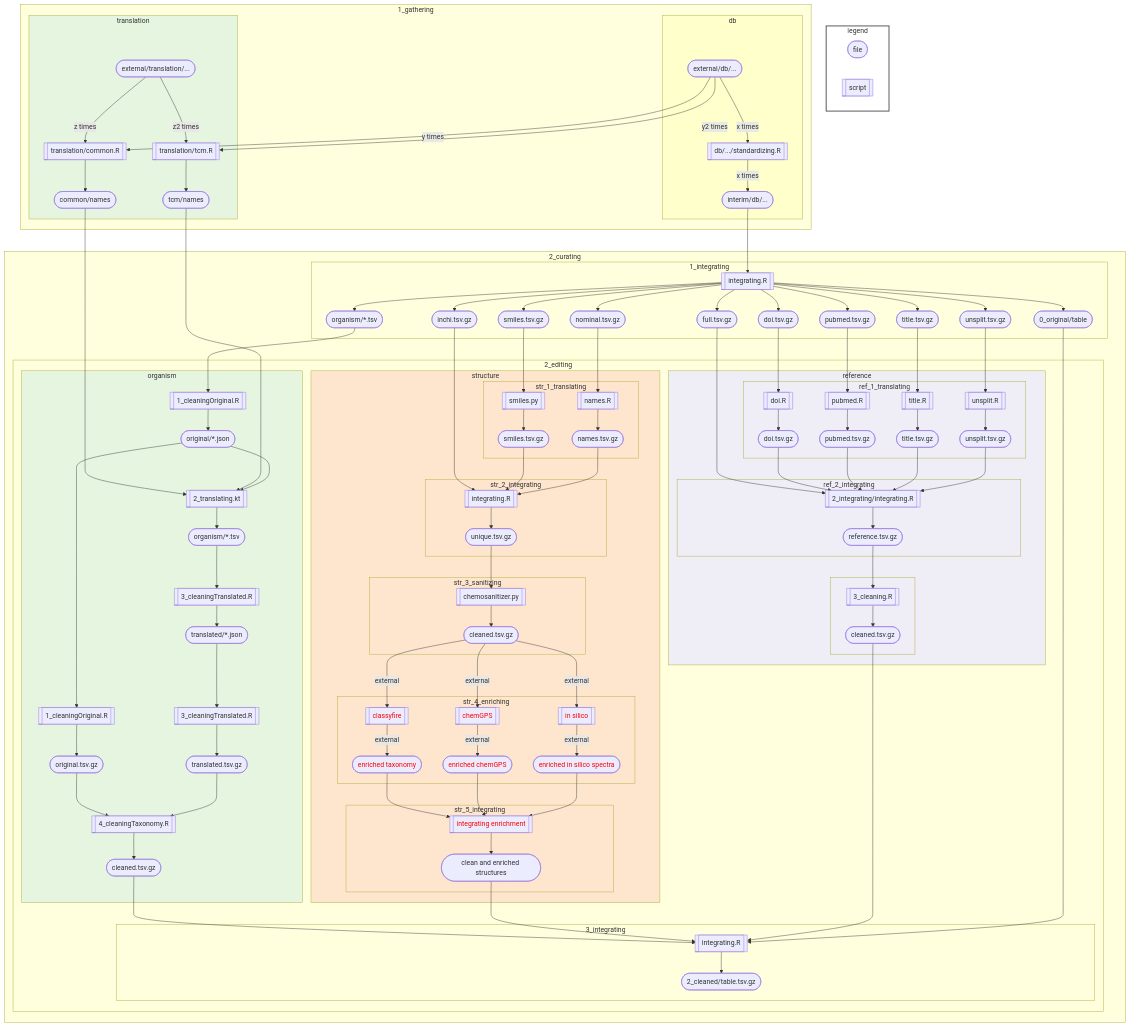
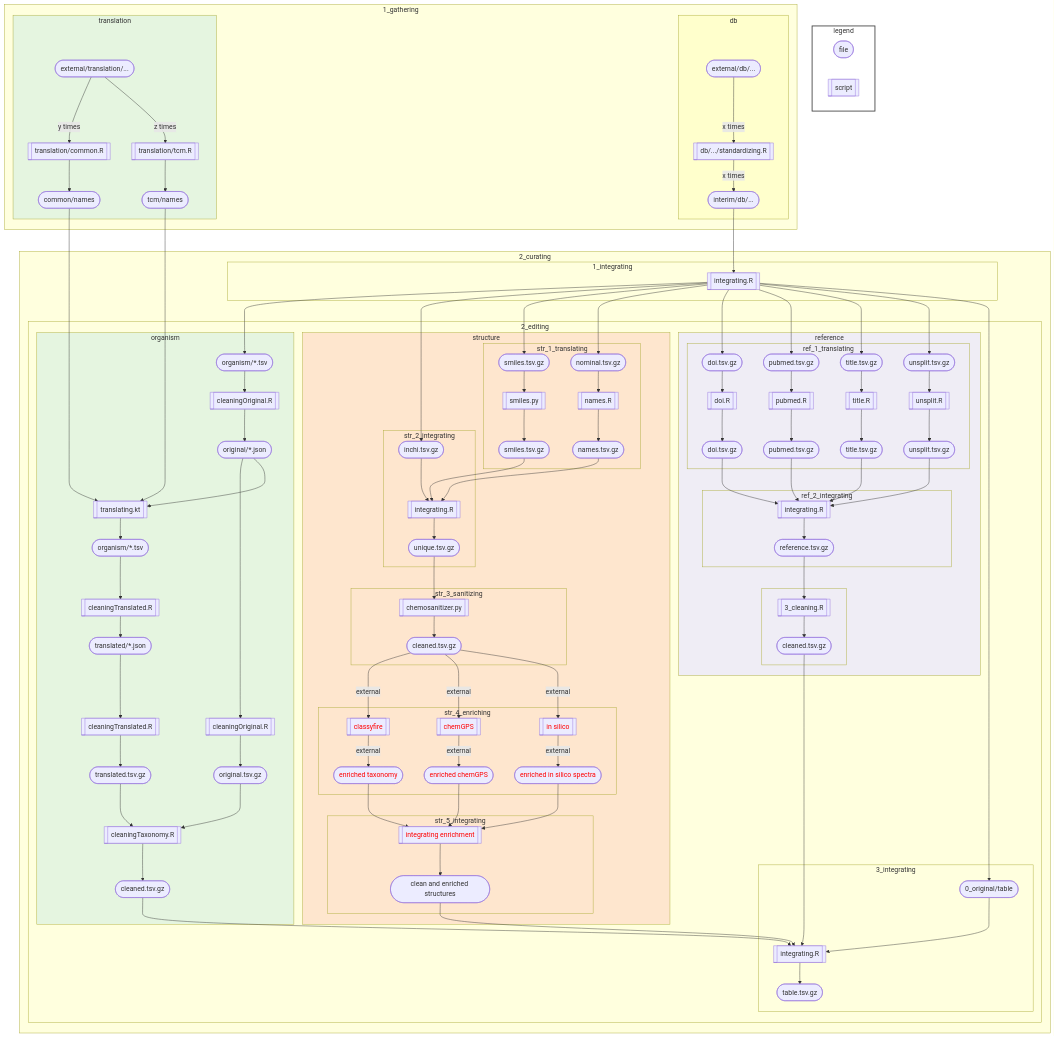
One commit to lotusnprod/lotus-processor changed the diagram in README.md. Above: the diagram before and after it, drawn with Mermaid.

Commit message:
docs: update translation flow and formatting

```diff
--- a/README.md
+++ b/README.md
@@ -22,10 +22,10 @@
 
 subgraph translation
 style translation fill:#E5F5E0
-010([external/db/...]) -- y times --> 040[[translation/common.R]]
-011([external/translation/...]) -- z times --> 040[[translation/common.R]] --> 050([common/names])
-010([external/db/...]) -- y2 times --> 060[[translation/tcm.R]]
-011([external/translation/...]) -- z2 times --> 060[[translation/tcm.R]] --> 070([tcm/names])
+010([external/db/...])
+011([external/translation/...]) -- y times --> 040[[translation/common.R]] --> 050([common/names])
+010([external/db/...])
+011([external/translation/...]) -- z times --> 060[[translation/tcm.R]] --> 070([tcm/names])
 end
 
 end
@@ -35,41 +35,35 @@
 
 subgraph 2_curating
 subgraph 1_integrating
-030([interim/db/...]) --> 080[[integrating.R]]
-080[[integrating.R]] --> 100([organism/*.tsv])
-080[[integrating.R]] --> 210([inchi.tsv.gz])
-080[[integrating.R]] --> 220([smiles.tsv.gz])
-080[[integrating.R]] --> 230([nominal.tsv.gz])
-080[[integrating.R]] --> 310([full.tsv.gz])
-080[[integrating.R]] --> 320([doi.tsv.gz])
-080[[integrating.R]] --> 330([pubmed.tsv.gz])
-080[[integrating.R]] --> 340([title.tsv.gz])
-080[[integrating.R]] --> 350([unsplit.tsv.gz])
-080[[integrating.R]] --> 400([0_original/table])
+030([interim/db/...])  --> 080[[integrating.R]]
 end
 
 subgraph 2_editing
 subgraph organism
+080[[integrating.R]] --> 100([organism/*.tsv])
 style organism fill:#E5F5E0
 100([organism/*.tsv]) -->
-    101[[1_cleaningOriginal.R]] --> 
+    101[[cleaningOriginal.R]] --> 
         102([original/*.json]) --> 
-            103[[1_cleaningOriginal.R]] --> 
+            103[[cleaningOriginal.R]] --> 
                 104([original.tsv.gz]) -->
-                    111[[4_cleaningTaxonomy.R]]
+                    111[[cleaningTaxonomy.R]]
         102([original/*.json]) -->
-            105[[2_translating.kt]] -->
+            105[[translating.kt]] -->
                 106([organism/*.tsv]) -->
-                    107[[3_cleaningTranslated.R]] --> 
+                    107[[cleaningTranslated.R]] --> 
                         108([translated/*.json]) --> 
-                            109[[3_cleaningTranslated.R]] -->  
+                            109[[cleaningTranslated.R]] -->  
                                 110([translated.tsv.gz]) -->
-                                    111[[4_cleaningTaxonomy.R]] -->
+                                    111[[cleaningTaxonomy.R]] -->
                                         120([cleaned.tsv.gz])
 end
 
 subgraph structure
 style structure fill:#FEE6CE
+080[[integrating.R]] --> 210([inchi.tsv.gz])
+080[[integrating.R]] --> 220([smiles.tsv.gz])
+080[[integrating.R]] --> 230([nominal.tsv.gz])
 subgraph str_1_translating
 style str_1_translating fill:#FEE6CE
 220([smiles.tsv.gz]) -->
@@ -121,6 +115,10 @@
 
 subgraph reference
 style reference fill:#EFEDF5
+080[[integrating.R]] --> 320([doi.tsv.gz])
+080[[integrating.R]] --> 330([pubmed.tsv.gz])
+080[[integrating.R]] --> 340([title.tsv.gz])
+080[[integrating.R]] --> 350([unsplit.tsv.gz])
 subgraph ref_1_translating
 style ref_1_translating fill:#EFEDF5
 320([doi.tsv.gz]) -->
@@ -138,11 +136,10 @@
 end
 subgraph ref_2_integrating
 style ref_2_integrating fill:#EFEDF5
-310([full.tsv.gz]) --> 360[[2_integrating/integrating.R]]
-322([doi.tsv.gz]) --> 360[[2_integrating/integrating.R]]
-332([pubmed.tsv.gz]) --> 360[[2_integrating/integrating.R]]
-342([title.tsv.gz]) --> 360[[2_integrating/integrating.R]]
-352([unsplit.tsv.gz]) --> 360[[2_integrating/integrating.R]] -->
+322([doi.tsv.gz]) --> 360[[integrating.R]]
+332([pubmed.tsv.gz]) --> 360[[integrating.R]]
+342([title.tsv.gz]) --> 360[[integrating.R]]
+352([unsplit.tsv.gz]) --> 360[[integrating.R]] -->
         370([reference.tsv.gz]) 
 end
 subgraph .
@@ -154,6 +151,7 @@
 end
 
 subgraph 3_integrating
+080[[integrating.R]] --> 400([0_original/table])
 120([cleaned.tsv.gz]) -->
 998[[integrating.R]]
 
@@ -164,7 +162,7 @@
 998[[integrating.R]]
 
 400([0_original/table]) --> 
-    998[[integrating.R]] --> 999([2_cleaned/table.tsv.gz])
+    998[[integrating.R]] --> 999([table.tsv.gz])
 end
 end    
 end
```
